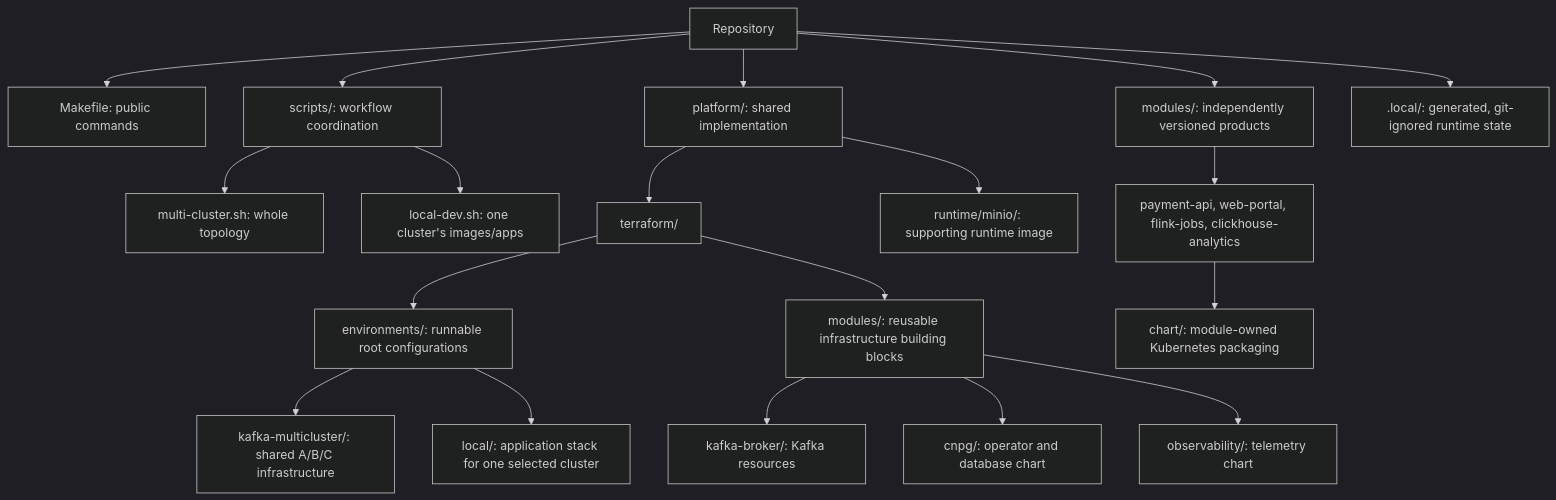
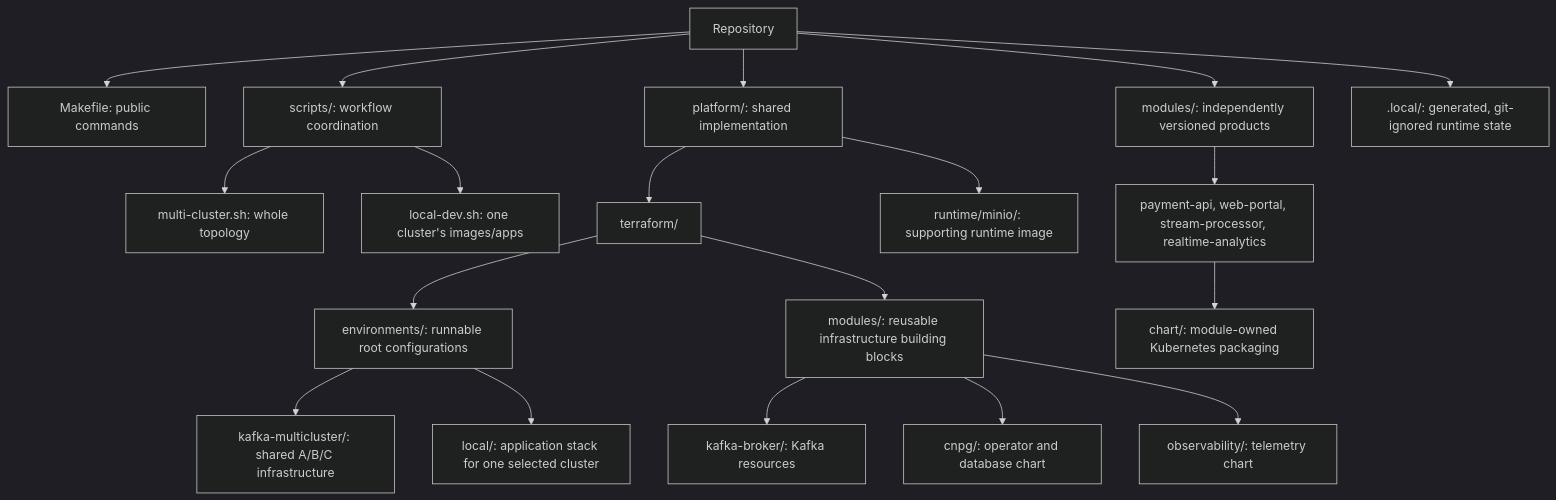
One commit to varunpathania86/realtime-payment-platform changed the second of 4 diagrams in docs/architecture/local-platform-guide.md. Above: the diagram before and after it, drawn with Mermaid (dark theme). The commit also changed 154 other files, not shown here.

````diff
--- a/docs/architecture/local-platform-guide.md
+++ b/docs/architecture/local-platform-guide.md
@@ -56,21 +56,21 @@
 ```mermaid
 flowchart TB
     Root["Repository"] --> Make["Makefile: public commands"]
     Root --> Scripts["scripts/: workflow coordination"]
     Scripts --> Multi["multi-cluster.sh: whole topology"]
     Scripts --> Local["local-dev.sh: one cluster's images/apps"]
     Root --> Platform["platform/: shared implementation"]
     Platform --> Terraform["terraform/"]
     Terraform --> Envs["environments/: runnable root configurations"]
     Envs --> Shared["kafka-multicluster/: shared A/B/C infrastructure"]
     Envs --> Apps["local/: application stack for one selected cluster"]
     Terraform --> Reuse["modules/: reusable infrastructure building blocks"]
     Reuse --> Kafka["kafka-broker/: Kafka resources"]
     Reuse --> CNPG["cnpg/: operator and database chart"]
     Reuse --> OTel["observability/: telemetry chart"]
     Platform --> Runtime["runtime/minio/: supporting runtime image"]
     Root --> Products["modules/: independently versioned products"]
-    Products --> Charts["payment-api, web-portal, flink-jobs, clickhouse-analytics"]
+    Products --> Charts["payment-api, web-portal, stream-processor, realtime-analytics"]
     Charts --> Chart["chart/: module-owned Kubernetes packaging"]
     Root --> State[".local/: generated, git-ignored runtime state"]
 ```
````
